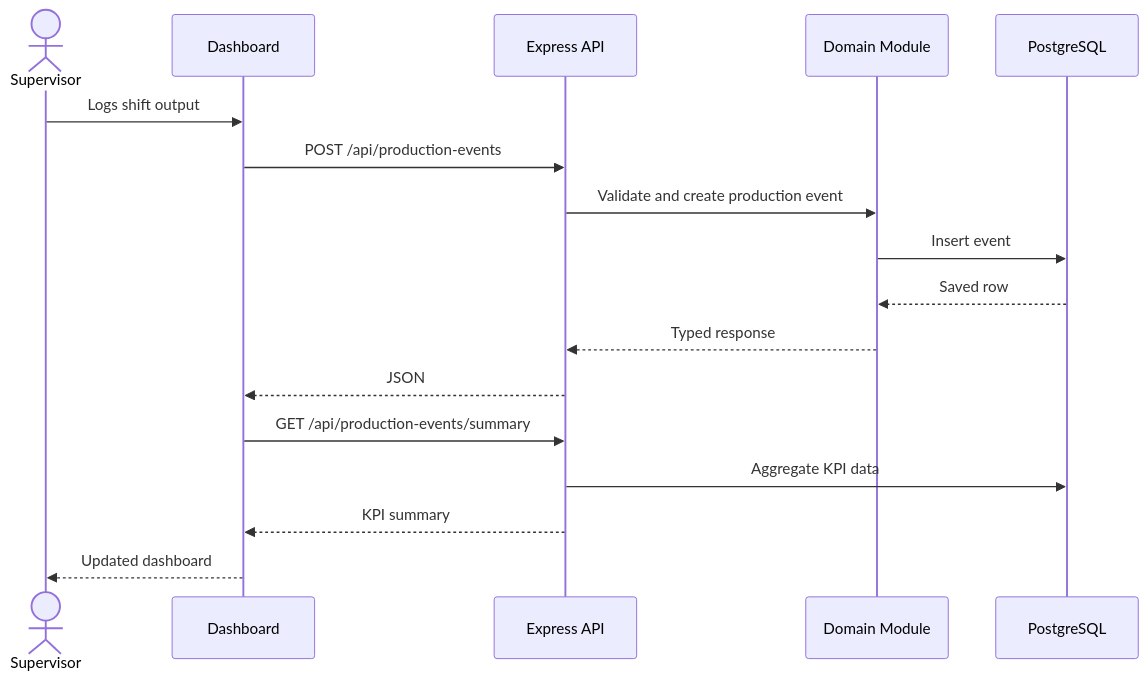
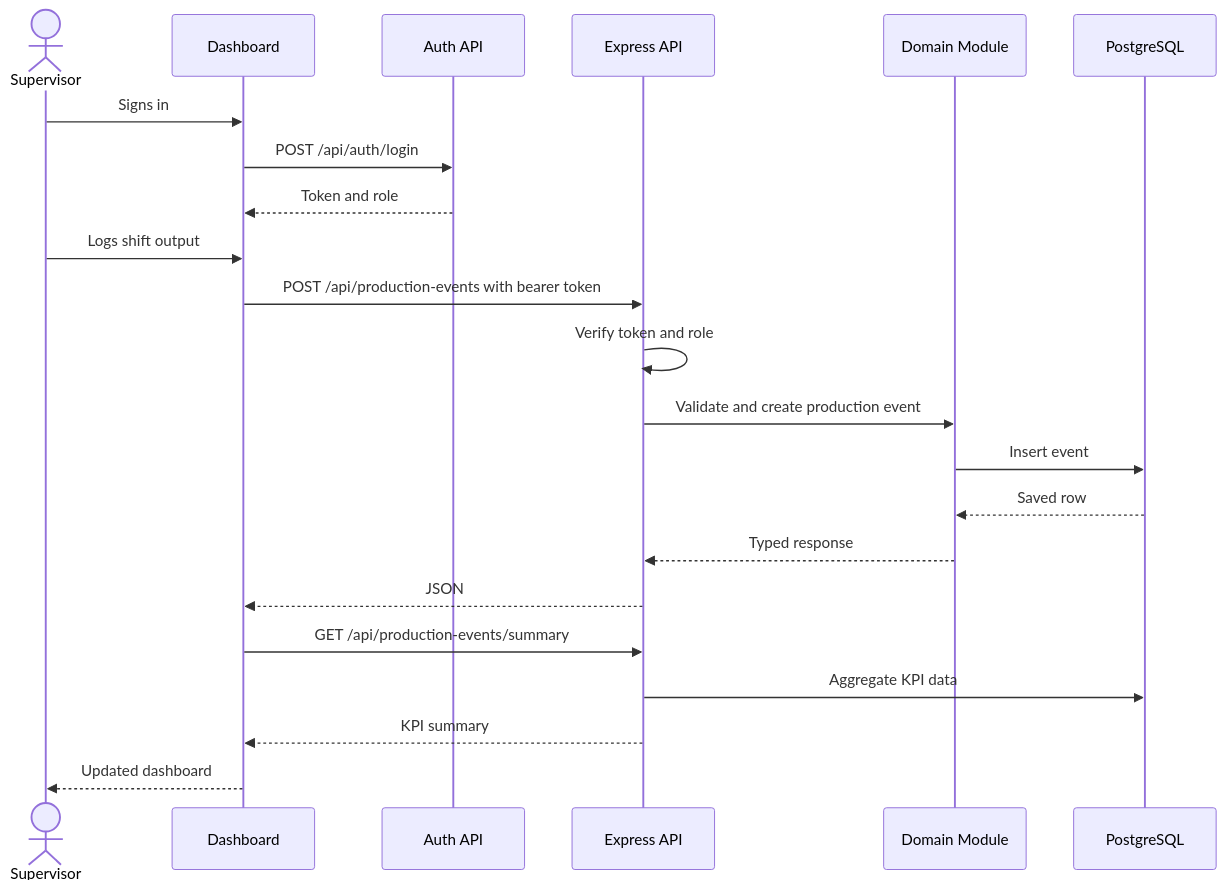
Before and after one commit to moslemajra85/indutry-app: the second of 2 diagrams in docs/HOW_IT_WORKS.md, drawn with Mermaid. The commit also changed other lines of this file and 28 other files, not shown here.

````diff
--- a/docs/HOW_IT_WORKS.md
+++ b/docs/HOW_IT_WORKS.md
@@ -156,20 +176,25 @@
 ```mermaid
 sequenceDiagram
   actor Supervisor
   participant UI as Dashboard
+  participant Auth as Auth API
   participant API as Express API
   participant Module as Domain Module
   participant DB as PostgreSQL
 
+  Supervisor->>UI: Signs in
+  UI->>Auth: POST /api/auth/login
+  Auth-->>UI: Token and role
   Supervisor->>UI: Logs shift output
-  UI->>API: POST /api/production-events
+  UI->>API: POST /api/production-events with bearer token
+  API->>API: Verify token and role
   API->>Module: Validate and create production event
   Module->>DB: Insert event
   DB-->>Module: Saved row
   Module-->>API: Typed response
   API-->>UI: JSON
   UI->>API: GET /api/production-events/summary
   API->>DB: Aggregate KPI data
   API-->>UI: KPI summary
   UI-->>Supervisor: Updated dashboard
 ```
````
